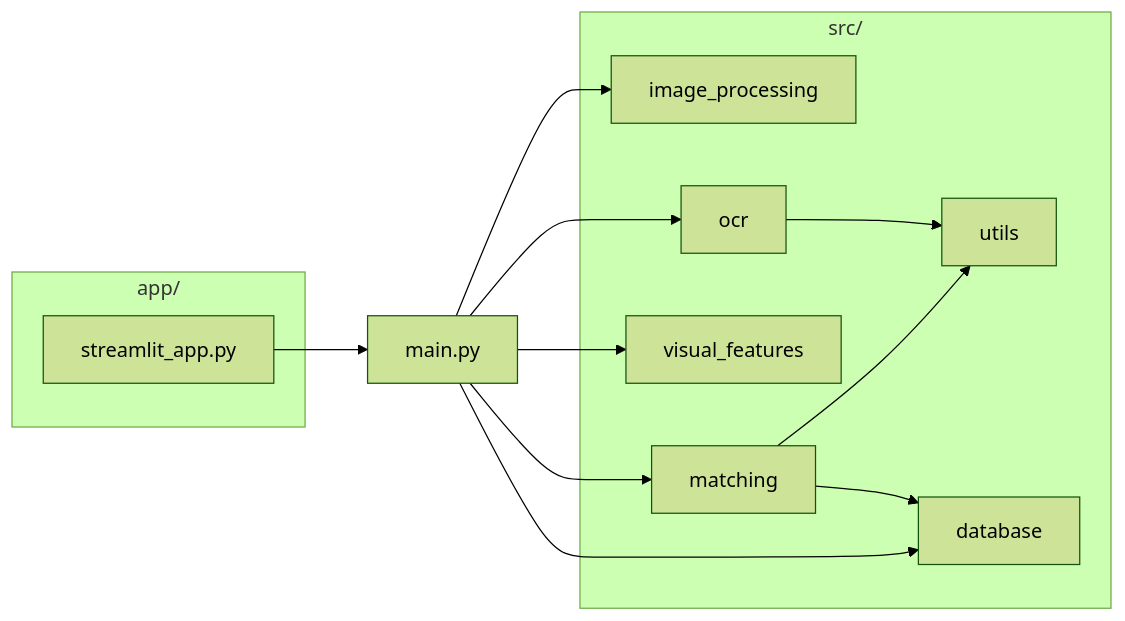
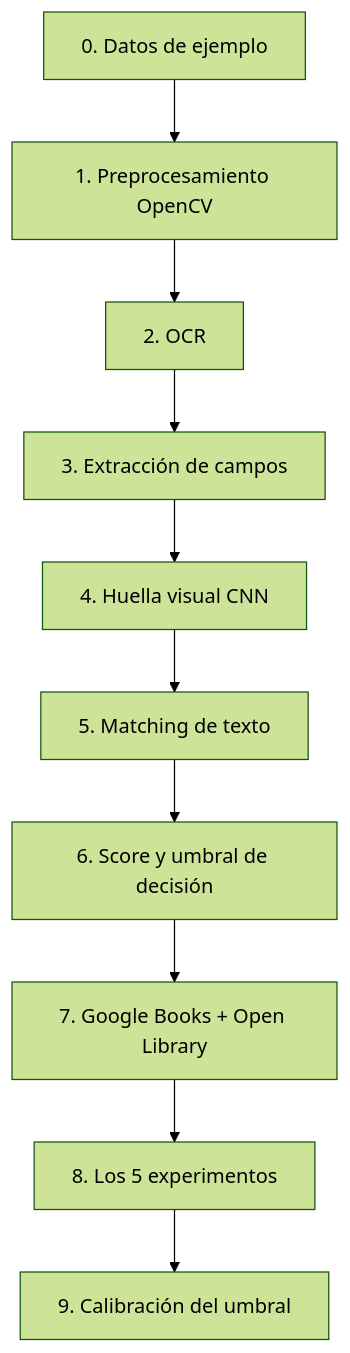
One commit to aav16/TFM_BookVision_SistemaInteligenteCatalogacionLibros changed the second of 2 diagrams in docs/DOCUMENTACION_TECNICA.md. Above: the diagram before and after it, drawn with Mermaid (forest theme). The commit also changed other lines of this file and 16 other files, not shown here.

````diff
--- a/docs/DOCUMENTACION_TECNICA.md
+++ b/docs/DOCUMENTACION_TECNICA.md
@@ -90,25 +108,12 @@
 ```mermaid
-flowchart LR
-    subgraph app[app/]
-        UI[streamlit_app.py]
-    end
-    subgraph src[src/]
-        IP[image_processing]
-        OCR[ocr]
-        VF[visual_features]
-        MT[matching]
-        DB[database]
-        UT[utils]
-    end
-    MAIN[main.py]
-
-    UI --> MAIN
-    MAIN --> IP
-    MAIN --> OCR
-    MAIN --> VF
-    MAIN --> MT
-    MAIN --> DB
-    OCR --> UT
-    MT --> UT
-    MT --> DB
+flowchart TD
+    S0[0. Datos de ejemplo] --> S1[1. Preprocesamiento OpenCV]
+    S1 --> S2[2. OCR]
+    S2 --> S3[3. Extracción de campos]
+    S3 --> S4[4. Huella visual CNN]
+    S4 --> S5[5. Matching de texto]
+    S5 --> S6[6. Score y umbral de decisión]
+    S6 --> S7[7. Google Books + Open Library]
+    S7 --> S8[8. Los 5 experimentos]
+    S8 --> S9[9. Calibración del umbral]
 ```
````
